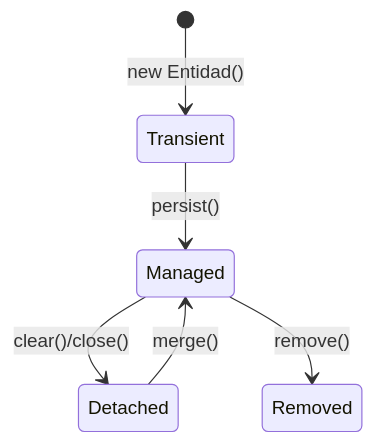
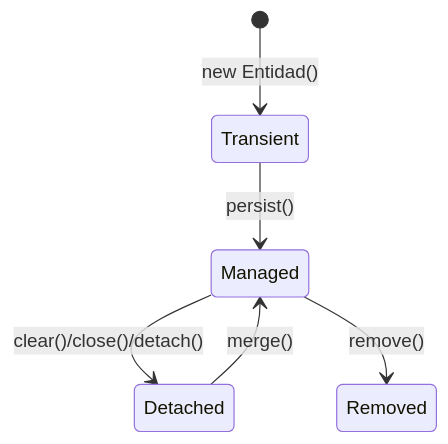
One commit to obiticadev/DAM-2025-26 changed the third of 3 diagrams in Programación/Aprendizaje autodidacta/11_APIRESTMasterclass/teoria/12_Spring_Data_JPA.md. Above: the diagram before and after it, drawn with Mermaid. The commit also changed other lines of this file and 51 other files, not shown here.

````diff
--- a/Programación/Aprendizaje autodidacta/11_APIRESTMasterclass/teoria/12_Spring_Data_JPA.md
+++ b/Programación/Aprendizaje autodidacta/11_APIRESTMasterclass/teoria/12_Spring_Data_JPA.md
@@ -24,8 +422,8 @@
 ```mermaid
 stateDiagram-v2
     [*] --> Transient: new Entidad()
     Transient --> Managed: persist()
-    Managed --> Detached: clear()/close()
+    Managed --> Detached: clear()/close()/detach()
     Managed --> Removed: remove()
     Detached --> Managed: merge()
 ```
````
